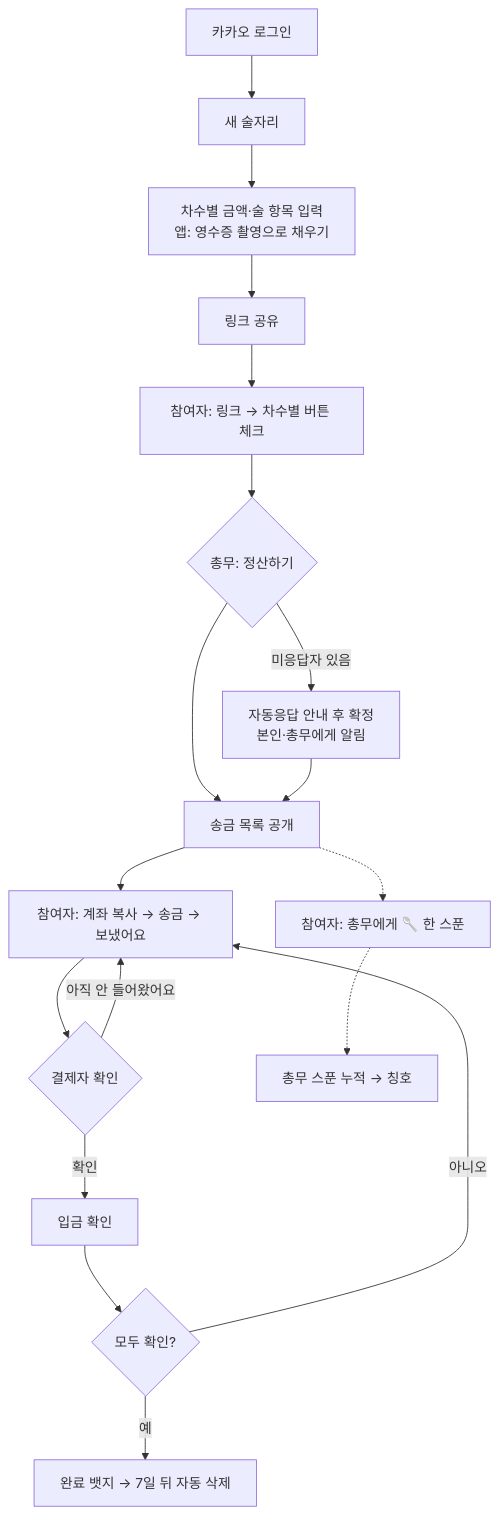
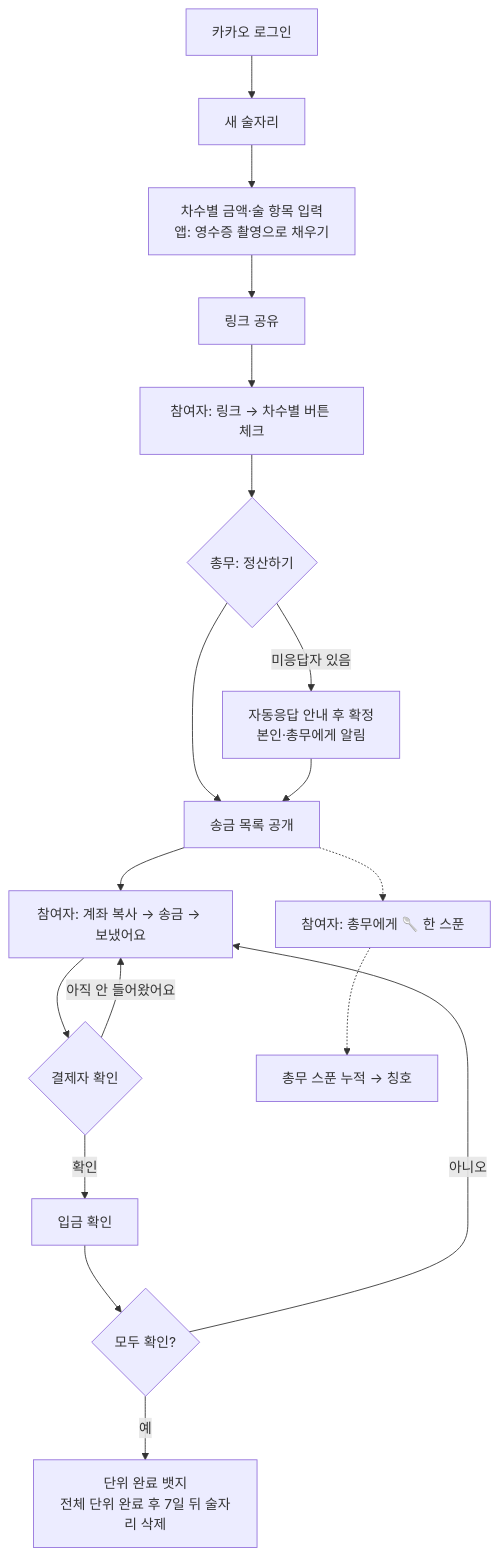
The first of 3 diagrams in docs/REQUIREMENTS.md (owencity/jungsan_attack), drawn with Mermaid before and after one commit. The commit also changed other lines of this file and 16 other files, not shown here.

````diff
--- a/docs/REQUIREMENTS.md
+++ b/docs/REQUIREMENTS.md
@@ -138,20 +151,20 @@
 ```mermaid
 flowchart TD
     A[카카오 로그인] --> B[새 술자리]
     B --> C[차수별 금액·술 항목 입력<br/>앱: 영수증 촬영으로 채우기]
     C --> D[링크 공유]
     D --> E[참여자: 링크 → 차수별 버튼 체크]
     E --> F{총무: 정산하기}
     F -->|미응답자 있음| G[자동응답 안내 후 확정<br/>본인·총무에게 알림]
     F --> H[송금 목록 공개]
     G --> H
     H --> I[참여자: 계좌 복사 → 송금 → 보냈어요]
     I --> J{결제자 확인}
     J -->|확인| K[입금 확인]
     J -->|아직 안 들어왔어요| I
     K --> L{모두 확인?}
     L -->|아니오| I
-    L -->|예| M[완료 뱃지 → 7일 뒤 자동 삭제]
+    L -->|예| M[단위 완료 뱃지<br/>전체 단위 완료 후 7일 뒤 술자리 삭제]
     H -.-> N[참여자: 총무에게 🥄 한 스푼]
     N -.-> O[총무 스푼 누적 → 칭호]
 ```
````
